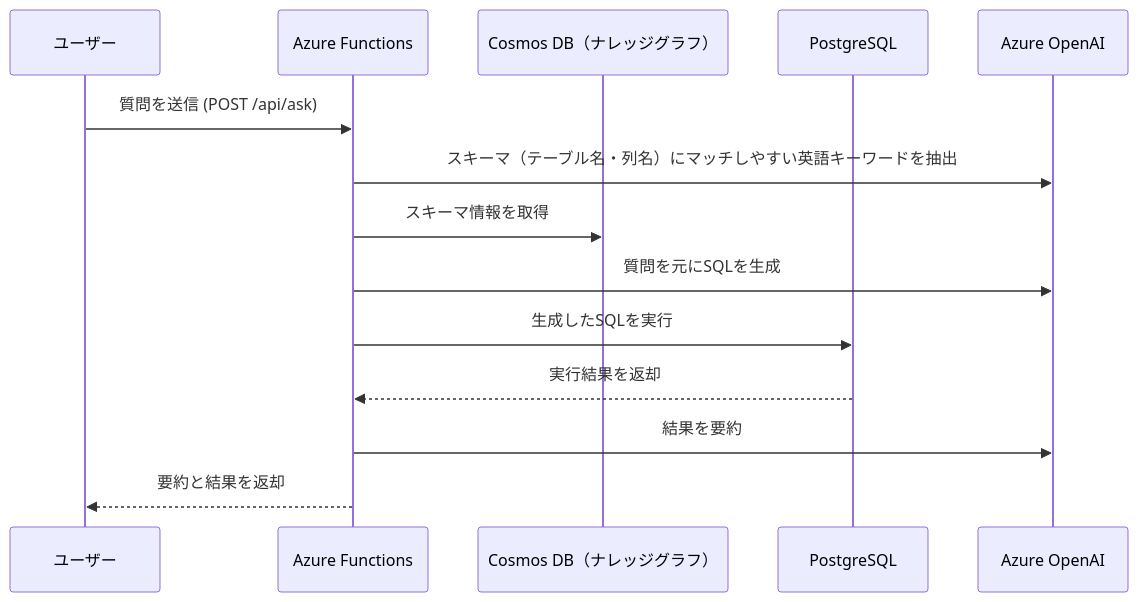
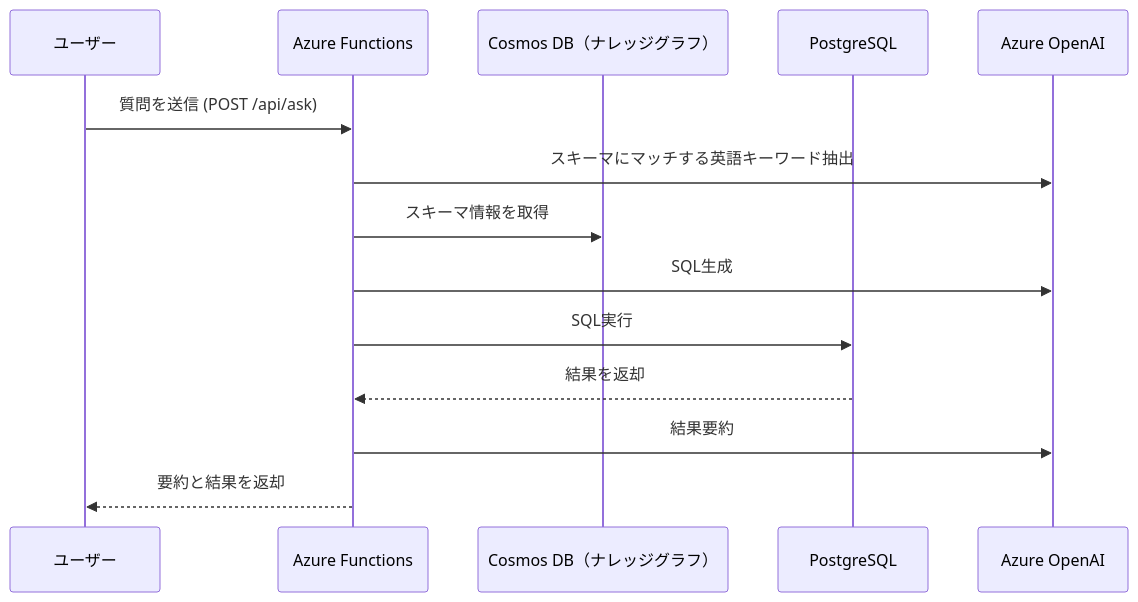
One commit to iwakami-ns/GraphRagText2Sql changed the second of 4 diagrams in README.md. Above: the diagram before and after it, drawn with Mermaid. The commit also changed other lines of this file, not shown here.

````diff
--- a/README.md
+++ b/README.md
@@ -22,17 +69,17 @@
 ```mermaid
 sequenceDiagram
     participant User as ユーザー
     participant FunctionApp as Azure Functions
     participant CosmosDB as Cosmos DB（ナレッジグラフ）
     participant PostgreSQL as PostgreSQL
     participant OpenAI as Azure OpenAI
 
     User->>FunctionApp: 質問を送信 (POST /api/ask)
-    FunctionApp->>OpenAI: スキーマ（テーブル名・列名）にマッチしやすい英語キーワードを抽出
+    FunctionApp->>OpenAI: スキーマにマッチする英語キーワード抽出
     FunctionApp->>CosmosDB: スキーマ情報を取得
-    FunctionApp->>OpenAI: 質問を元にSQLを生成
-    FunctionApp->>PostgreSQL: 生成したSQLを実行
-    PostgreSQL-->>FunctionApp: 実行結果を返却
-    FunctionApp->>OpenAI: 結果を要約
+    FunctionApp->>OpenAI: SQL生成
+    FunctionApp->>PostgreSQL: SQL実行
+    PostgreSQL-->>FunctionApp: 結果を返却
+    FunctionApp->>OpenAI: 結果要約
     FunctionApp-->>User: 要約と結果を返却
 ```
````
